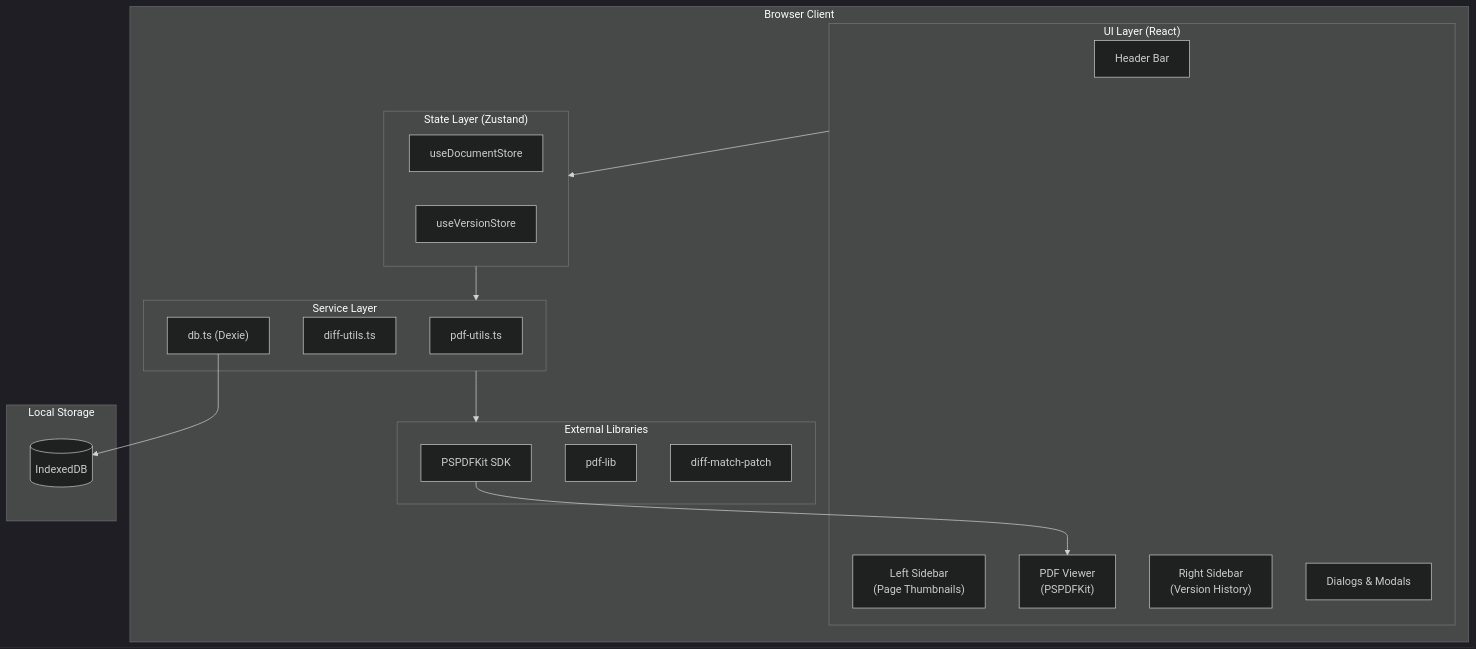
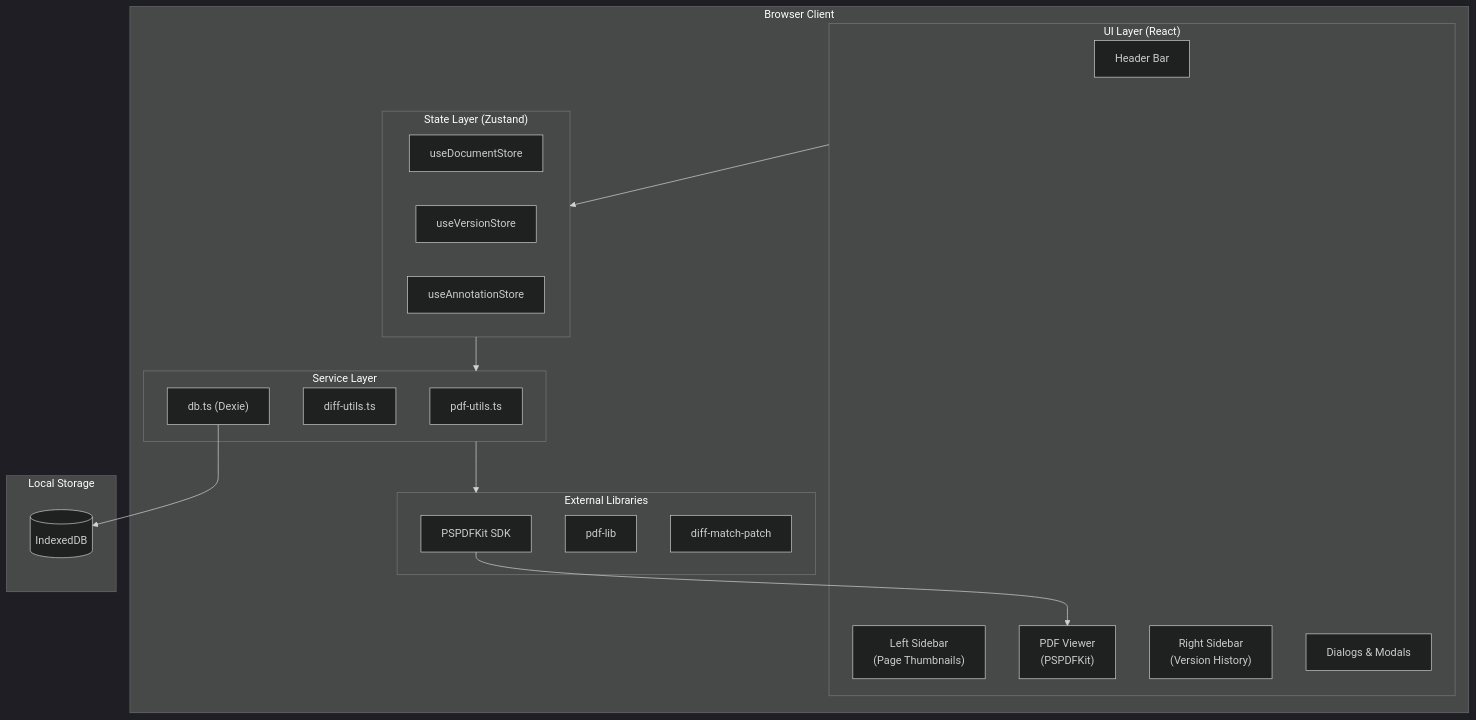
Before and after one commit to hellosurbhi/pdf-review-tool: the first of 10 diagrams in ARCHITECTURE.md, drawn with Mermaid (dark theme). The commit also changed other lines of this file and 10 other files, not shown here.

````diff
--- a/ARCHITECTURE.md
+++ b/ARCHITECTURE.md
@@ -7,39 +7,40 @@
 ```mermaid
 flowchart TB
     subgraph Browser["Browser Client"]
         subgraph UI["UI Layer (React)"]
             Header["Header Bar"]
             LeftSidebar["Left Sidebar<br/>(Page Thumbnails)"]
             Viewer["PDF Viewer<br/>(PSPDFKit)"]
             RightSidebar["Right Sidebar<br/>(Version History)"]
             Dialogs["Dialogs & Modals"]
         end
 
         subgraph State["State Layer (Zustand)"]
             DocStore["useDocumentStore"]
             VerStore["useVersionStore"]
+            AnnStore["useAnnotationStore"]
         end
 
         subgraph Services["Service Layer"]
             PDFUtils["pdf-utils.ts"]
             DiffUtils["diff-utils.ts"]
             DBLayer["db.ts (Dexie)"]
         end
 
         subgraph External["External Libraries"]
             PSPDFKit["PSPDFKit SDK"]
             PDFLib["pdf-lib"]
             DiffMP["diff-match-patch"]
         end
     end
 
     subgraph Storage["Local Storage"]
         IDB[("IndexedDB")]
     end
 
     UI --> State
     State --> Services
     Services --> External
     DBLayer --> IDB
     PSPDFKit --> Viewer
 ```
````
